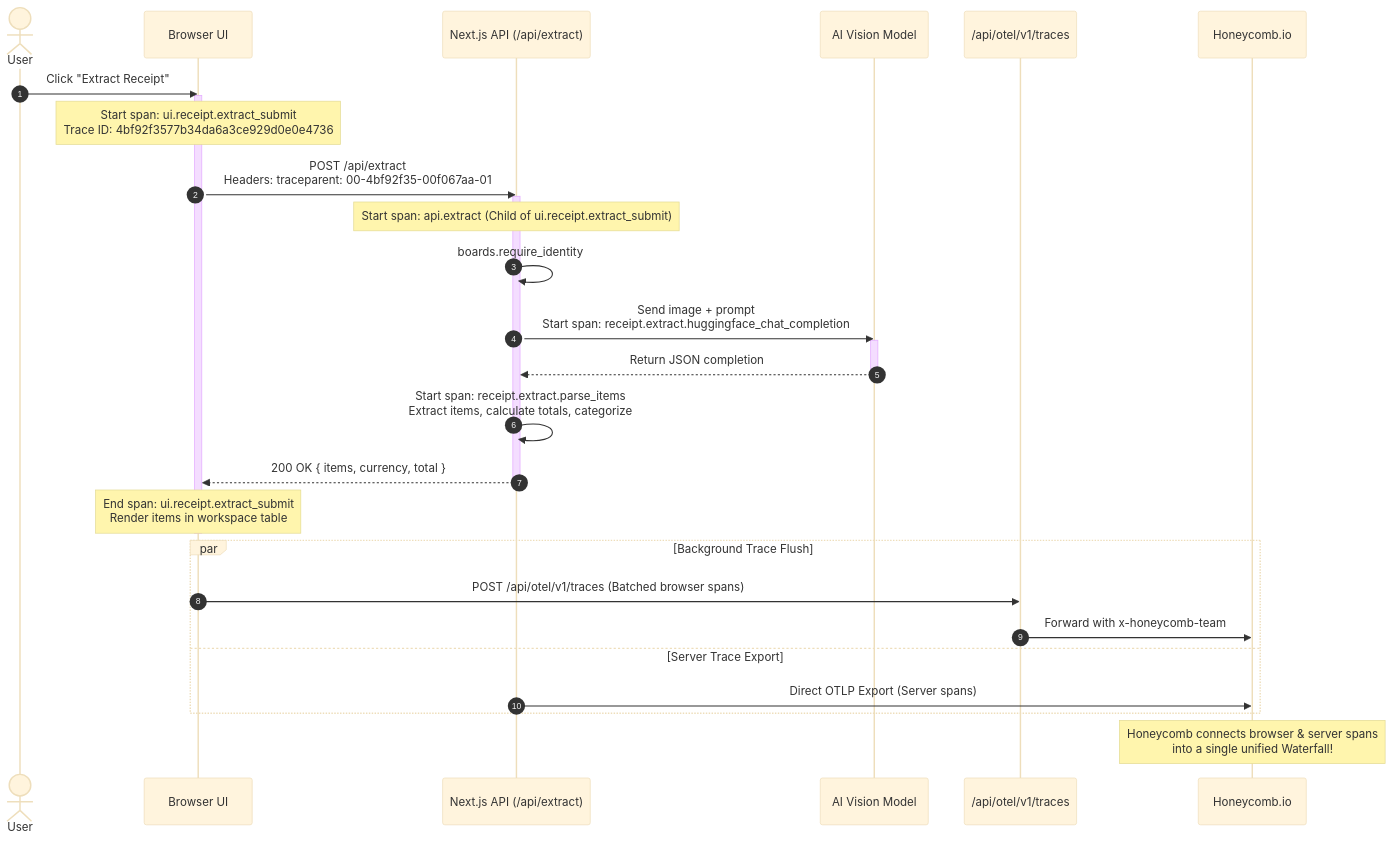
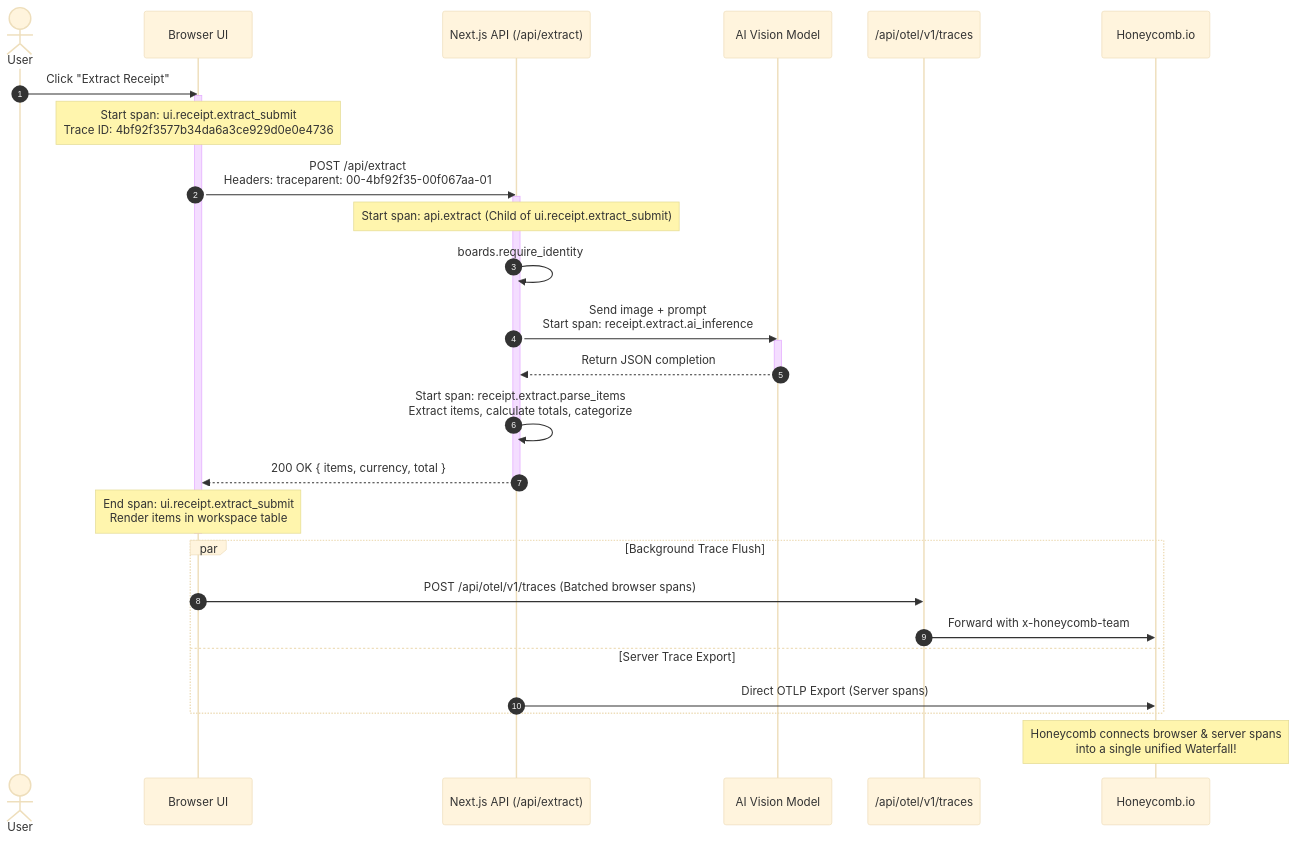
The third of 3 diagrams in docs/OBSERVABILITY.md (thiago-terceiro/receipt-parser-agg), drawn with Mermaid (base theme) before and after one commit. The commit also changed other lines of this file and 5 other files, not shown here.

Commit message:
feat(observability): GenAI semantic conventions, vendor-neutral spans, PII sanitization, and production scaling architecture

````diff
--- a/docs/OBSERVABILITY.md
+++ b/docs/OBSERVABILITY.md
@@ -194,40 +212,40 @@
 ```mermaid
 sequenceDiagram
     autonumber
     actor User
     participant BrowserUI as Browser UI
     participant ServerExtract as Next.js API (/api/extract)
     participant AIProvider as AI Vision Model
     participant OtelProxy as /api/otel/v1/traces
     participant Honeycomb as Honeycomb.io
 
     User->>BrowserUI: Click "Extract Receipt"
     activate BrowserUI
     Note over BrowserUI: Start span: ui.receipt.extract_submit<br/>Trace ID: 4bf92f3577b34da6a3ce929d0e0e4736
 
     BrowserUI->>ServerExtract: POST /api/extract<br/>Headers: traceparent: 00-4bf92f35-00f067aa-01
     activate ServerExtract
     Note over ServerExtract: Start span: api.extract (Child of ui.receipt.extract_submit)
 
     ServerExtract->>ServerExtract: boards.require_identity
-    ServerExtract->>AIProvider: Send image + prompt<br/>Start span: receipt.extract.huggingface_chat_completion
+    ServerExtract->>AIProvider: Send image + prompt<br/>Start span: receipt.extract.ai_inference
     activate AIProvider
     AIProvider-->>ServerExtract: Return JSON completion
     deactivate AIProvider
 
     ServerExtract->>ServerExtract: Start span: receipt.extract.parse_items<br/>Extract items, calculate totals, categorize
     ServerExtract-->>BrowserUI: 200 OK { items, currency, total }
     deactivate ServerExtract
 
     Note over BrowserUI: End span: ui.receipt.extract_submit<br/>Render items in workspace table
     deactivate BrowserUI
 
     par Background Trace Flush
         BrowserUI->>OtelProxy: POST /api/otel/v1/traces (Batched browser spans)
         OtelProxy->>Honeycomb: Forward with x-honeycomb-team
     and Server Trace Export
         ServerExtract->>Honeycomb: Direct OTLP Export (Server spans)
     end
 
     Note over Honeycomb: Honeycomb connects browser & server spans<br/>into a single unified Waterfall!
 ```
````
